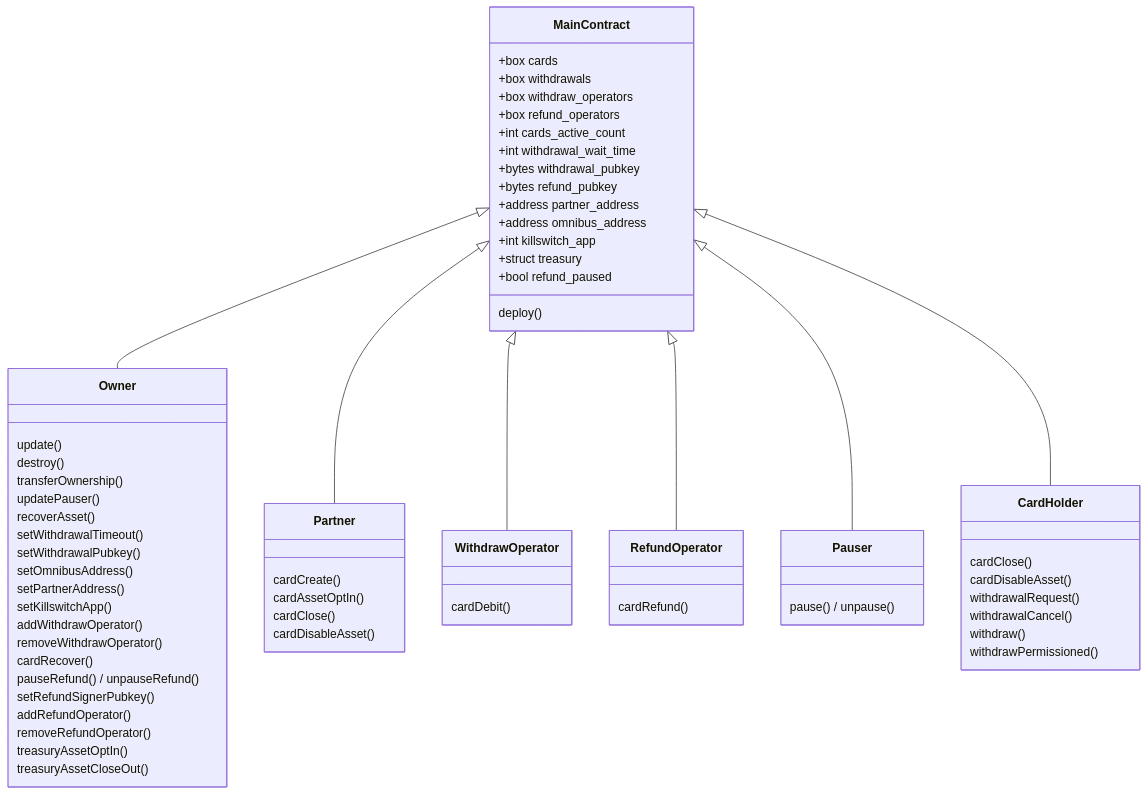
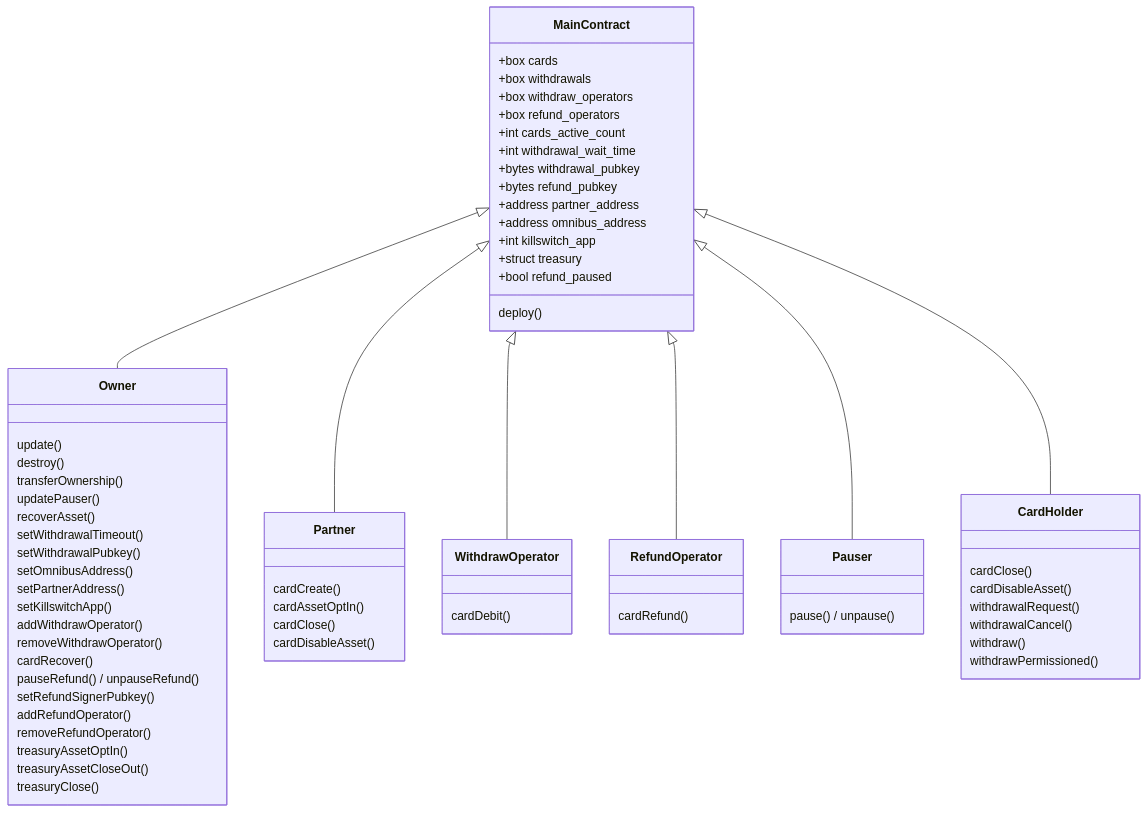
Before and after one commit to algorandfoundation/auto-draw-card: the first of 2 diagrams in projects/auto-draw-card/README.md, drawn with Mermaid. The commit also changed other lines of this file and 7 other files, not shown here.

````diff
--- a/projects/auto-draw-card/README.md
+++ b/projects/auto-draw-card/README.md
@@ -239,74 +243,75 @@
 ```mermaid
 classDiagram
     MainContract : +box cards
     MainContract : +box withdrawals
     MainContract : +box withdraw_operators
     MainContract : +box refund_operators
     MainContract : +int cards_active_count
     MainContract : +int withdrawal_wait_time
     MainContract : +bytes withdrawal_pubkey
     MainContract : +bytes refund_pubkey
     MainContract : +address partner_address
     MainContract : +address omnibus_address
     MainContract : +int killswitch_app
     MainContract : +struct treasury
     MainContract : +bool refund_paused
     MainContract : deploy()
 
     MainContract <|-- Owner
     MainContract <|-- Partner
     MainContract <|-- WithdrawOperator
     MainContract <|-- RefundOperator
     MainContract <|-- Pauser
     MainContract <|-- CardHolder
 
     class Owner {
         update()
         destroy()
         transferOwnership()
         updatePauser()
         recoverAsset()
         setWithdrawalTimeout()
         setWithdrawalPubkey()
         setOmnibusAddress()
         setPartnerAddress()
         setKillswitchApp()
         addWithdrawOperator()
         removeWithdrawOperator()
         cardRecover()
         pauseRefund() / unpauseRefund()
         setRefundSignerPubkey()
         addRefundOperator()
         removeRefundOperator()
         treasuryAssetOptIn()
         treasuryAssetCloseOut()
+        treasuryClose()
     }
 
     class Partner {
         cardCreate()
         cardAssetOptIn()
         cardClose()
         cardDisableAsset()
     }
 
     class WithdrawOperator {
         cardDebit()
     }
 
     class RefundOperator {
         cardRefund()
     }
 
     class Pauser {
         pause() / unpause()
     }
 
     class CardHolder {
         cardClose()
         cardDisableAsset()
         withdrawalRequest()
         withdrawalCancel()
         withdraw()
         withdrawPermissioned()
     }
 ```
````
